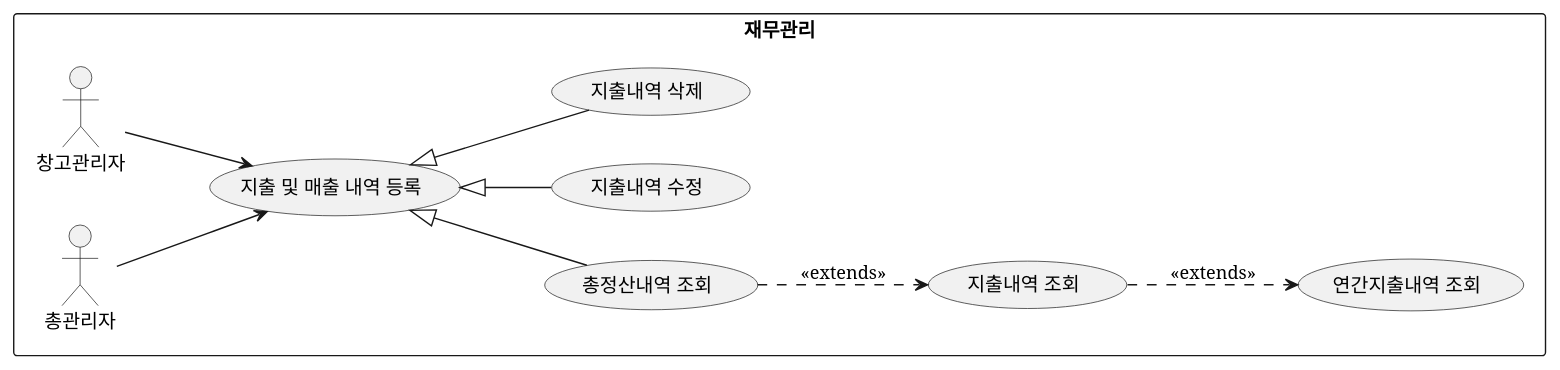
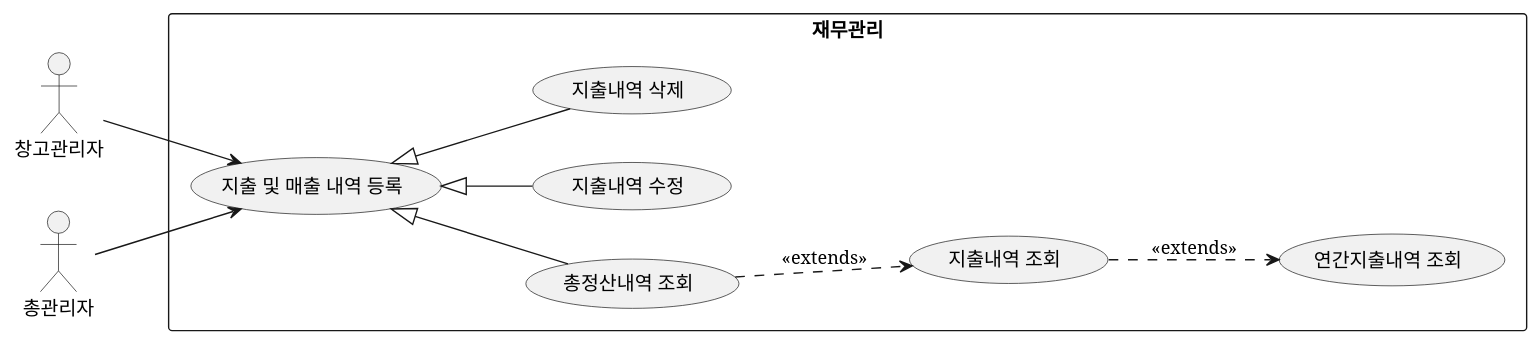
One commit to shin-heewon/java-advance changed the diagram in src/first_team_project/use_case/Financial_management.puml. Above: the diagram before and after it, drawn with PlantUML. The commit also changed other lines of this file and 7 other files, not shown here.

```diff
--- a/src/first_team_project/use_case/Financial_management.puml
+++ b/src/first_team_project/use_case/Financial_management.puml
@@ -1,22 +1,22 @@
 @startuml
-rectangle "재무관리"{
+
 left to right direction
 
 actor "창고관리자" as wh_m
 actor "총관리자" as admin
 
-
+rectangle "재무관리"{
 wh_m--> (지출 및 매출 내역 등록)
 admin--> (지출 및 매출 내역 등록)
 
 (총정산내역 조회)-up-|>(지출 및 매출 내역 등록)
 
 (총정산내역 조회)..>(지출내역 조회):<<extends>>
 (지출내역 조회)..>(연간지출내역 조회):<<extends>>
 (지출내역 수정)-up-|>(지출 및 매출 내역 등록)
 (지출내역 삭제)-up-|>(지출 및 매출 내역 등록)
 
 
 
 }
 @enduml
```
